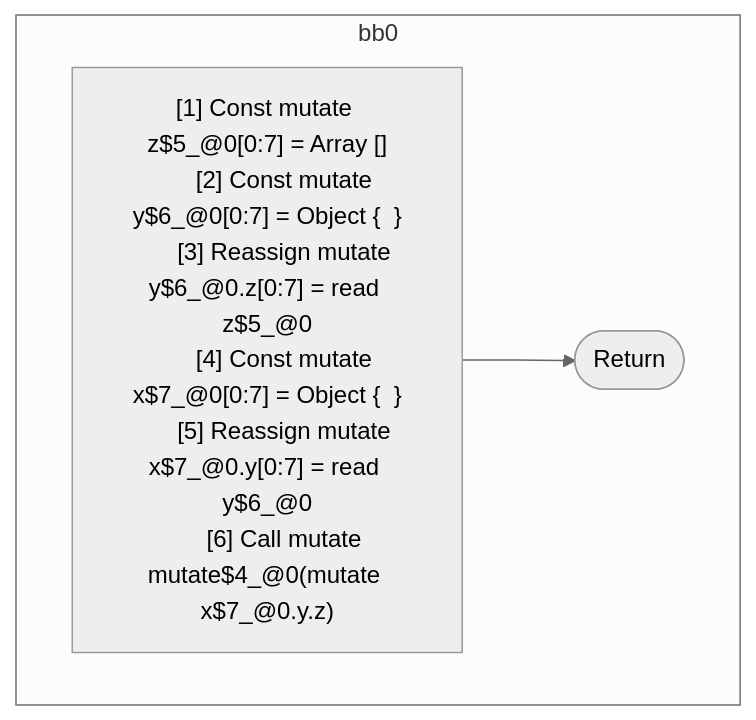
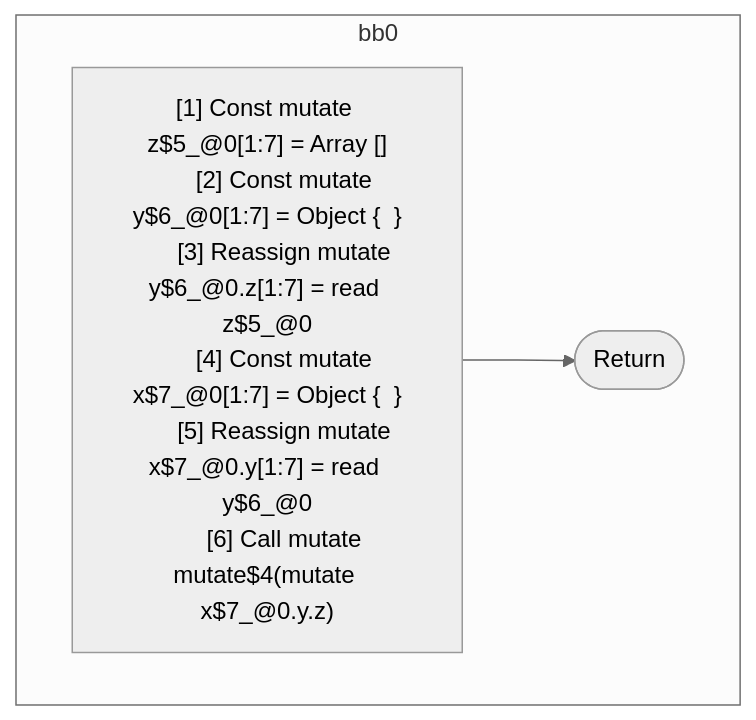
One commit to wutsmog/private changed the diagram in compiler/forget/src/__tests__/fixtures/hir/alias-nested-member-path-mutate.expect.md. Above: the diagram before and after it, drawn with Mermaid (neutral theme). The commit also changed other lines of this file and 100 other files, not shown here.

````diff
--- a/compiler/forget/src/__tests__/fixtures/hir/alias-nested-member-path-mutate.expect.md
+++ b/compiler/forget/src/__tests__/fixtures/hir/alias-nested-member-path-mutate.expect.md
@@ -32,18 +50,18 @@
 ```mermaid
 flowchart TB
   %% Basic Blocks
   subgraph bb0
     bb0_instrs["
-      [1] Const mutate z$5_@0[0:7] = Array []
-      [2] Const mutate y$6_@0[0:7] = Object {  }
-      [3] Reassign mutate y$6_@0.z[0:7] = read z$5_@0
-      [4] Const mutate x$7_@0[0:7] = Object {  }
-      [5] Reassign mutate x$7_@0.y[0:7] = read y$6_@0
-      [6] Call mutate mutate$4_@0(mutate x$7_@0.y.z)
+      [1] Const mutate z$5_@0[1:7] = Array []
+      [2] Const mutate y$6_@0[1:7] = Object {  }
+      [3] Reassign mutate y$6_@0.z[1:7] = read z$5_@0
+      [4] Const mutate x$7_@0[1:7] = Object {  }
+      [5] Reassign mutate x$7_@0.y[1:7] = read y$6_@0
+      [6] Call mutate mutate$4(mutate x$7_@0.y.z)
     "]
     bb0_instrs --> bb0_terminal(["Return"])
   end
 
   %% Jumps
   %% empty
 ```
````
